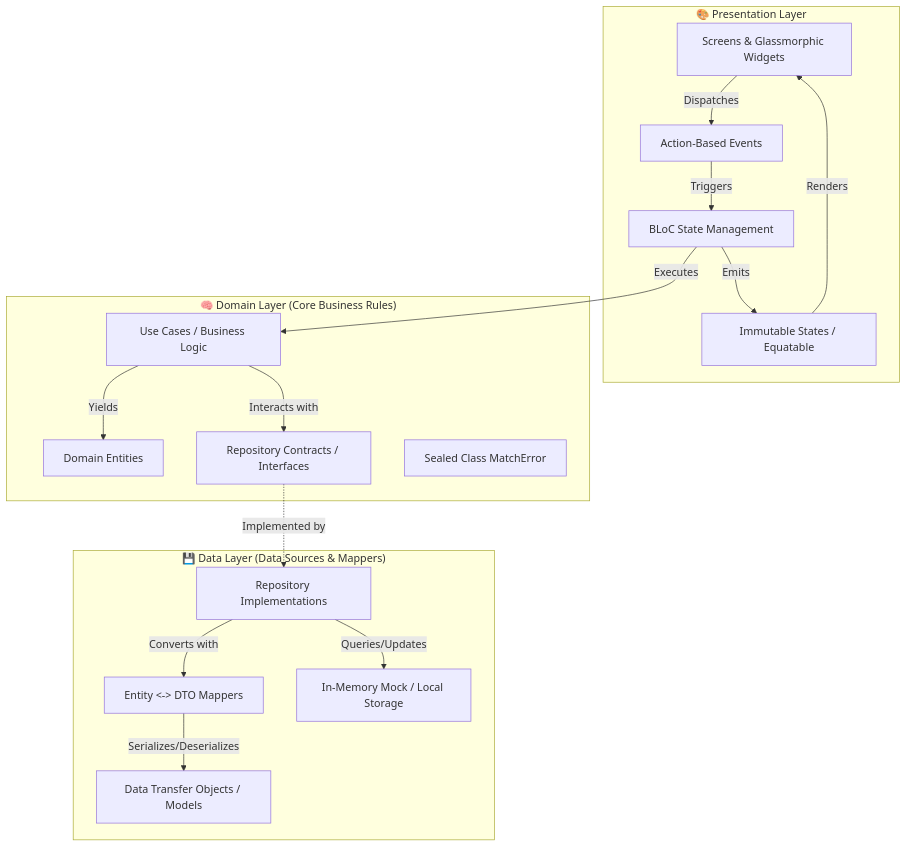
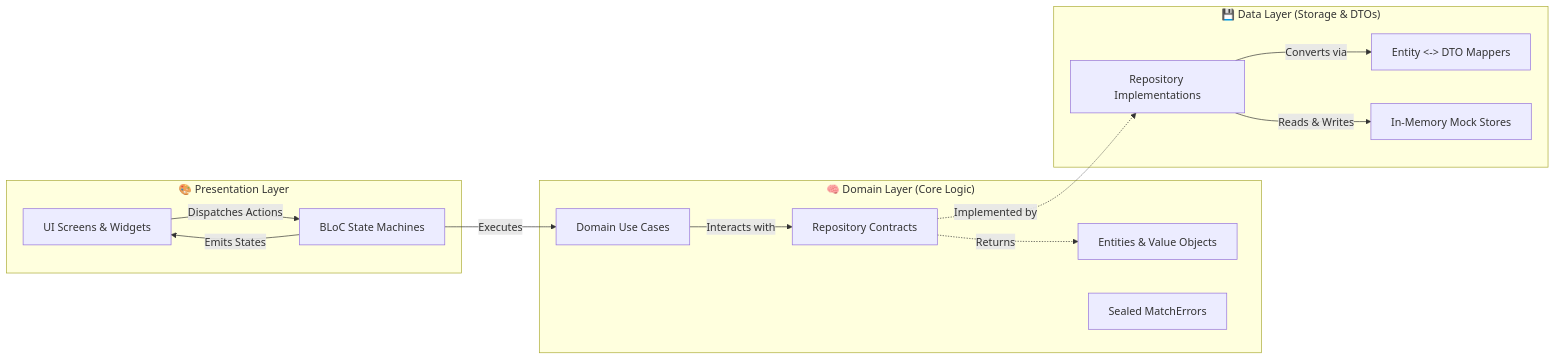
Before and after one commit to TobiShakur/flutter-tennis-matchmaking: the diagram in README.md, drawn with Mermaid. The commit also changed other lines of this file and 9 other files, not shown here.

````diff
--- a/README.md
+++ b/README.md
@@ -68,34 +36,28 @@
 ```mermaid
-flowchart TD
+flowchart LR
     subgraph Presentation["🎨 Presentation Layer"]
-        UI[Screens & Glassmorphic Widgets]
-        BLoC[BLoC State Management]
-        Actions[Action-Based Events]
-        States[Immutable States / Equatable]
-        UI -->|Dispatches| Actions
-        Actions -->|Triggers| BLoC
-        BLoC -->|Emits| States
-        States -->|Renders| UI
+        UI["UI Screens & Widgets"]
+        BLoC["BLoC State Machines"]
+        UI -->|Dispatches Actions| BLoC
+        BLoC -->|Emits States| UI
     end
 
-    subgraph Domain["🧠 Domain Layer (Core Business Rules)"]
-        Entities[Domain Entities]
-        UseCases[Use Cases / Business Logic]
-        RepoContracts[Repository Contracts / Interfaces]
-        SealedErrors[Sealed Class MatchError]
+    subgraph Domain["🧠 Domain Layer (Core Logic)"]
+        UseCases["Domain Use Cases"]
+        Entities["Entities & Value Objects"]
+        Contracts["Repository Contracts"]
+        Errors["Sealed MatchErrors"]
         BLoC -->|Executes| UseCases
-        UseCases -->|Interacts with| RepoContracts
-        UseCases -->|Yields| Entities
+        UseCases -->|Interacts with| Contracts
+        Contracts -.->|Returns| Entities
     end
 
-    subgraph Data["💾 Data Layer (Data Sources & Mappers)"]
-        RepoImpl[Repository Implementations]
-        DTOs[Data Transfer Objects / Models]
-        Mappers[Entity <-> DTO Mappers]
-        DataSources[In-Memory Mock / Local Storage]
-        RepoContracts -.->|Implemented by| RepoImpl
-        RepoImpl -->|Converts with| Mappers
-        Mappers -->|Serializes/Deserializes| DTOs
-        RepoImpl -->|Queries/Updates| DataSources
+    subgraph Data["💾 Data Layer (Storage & DTOs)"]
+        RepoImpl["Repository Implementations"]
+        Mappers["Entity <-> DTO Mappers"]
+        DataSources["In-Memory Mock Stores"]
+        Contracts -.->|Implemented by| RepoImpl
+        RepoImpl -->|Converts via| Mappers
+        RepoImpl -->|Reads & Writes| DataSources
     end
 ```
````
